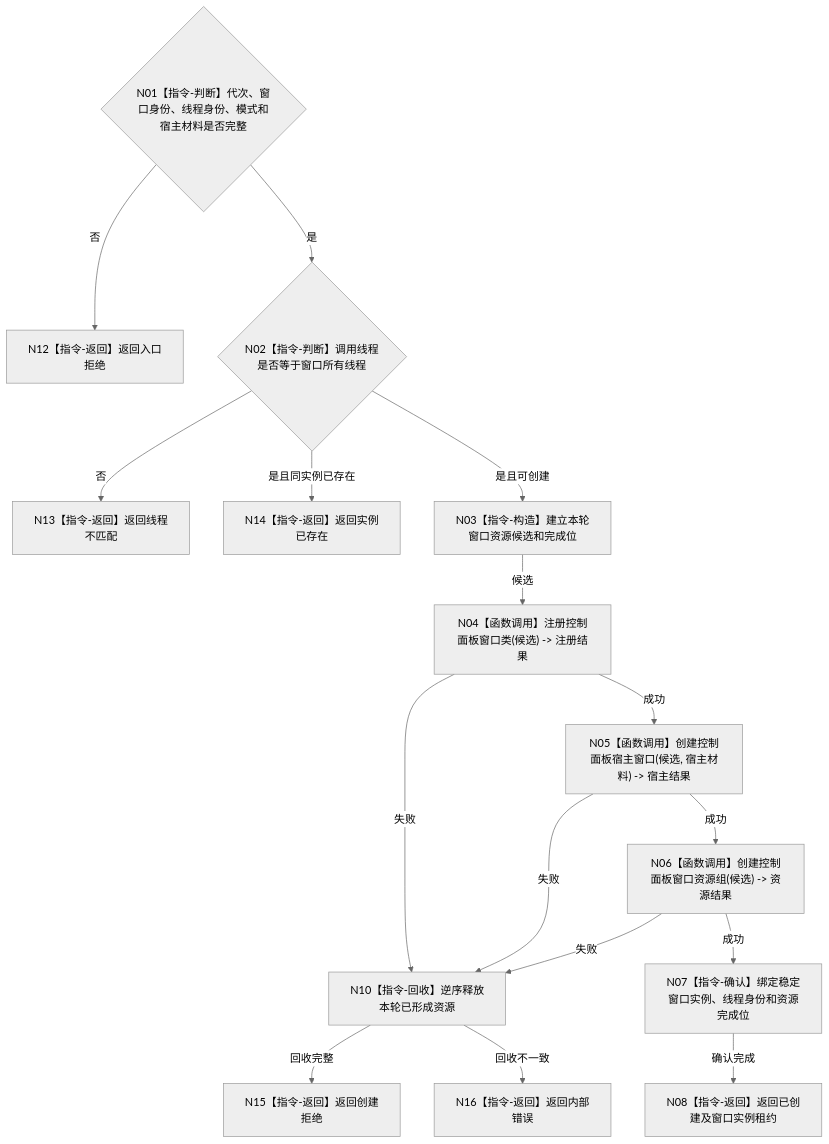
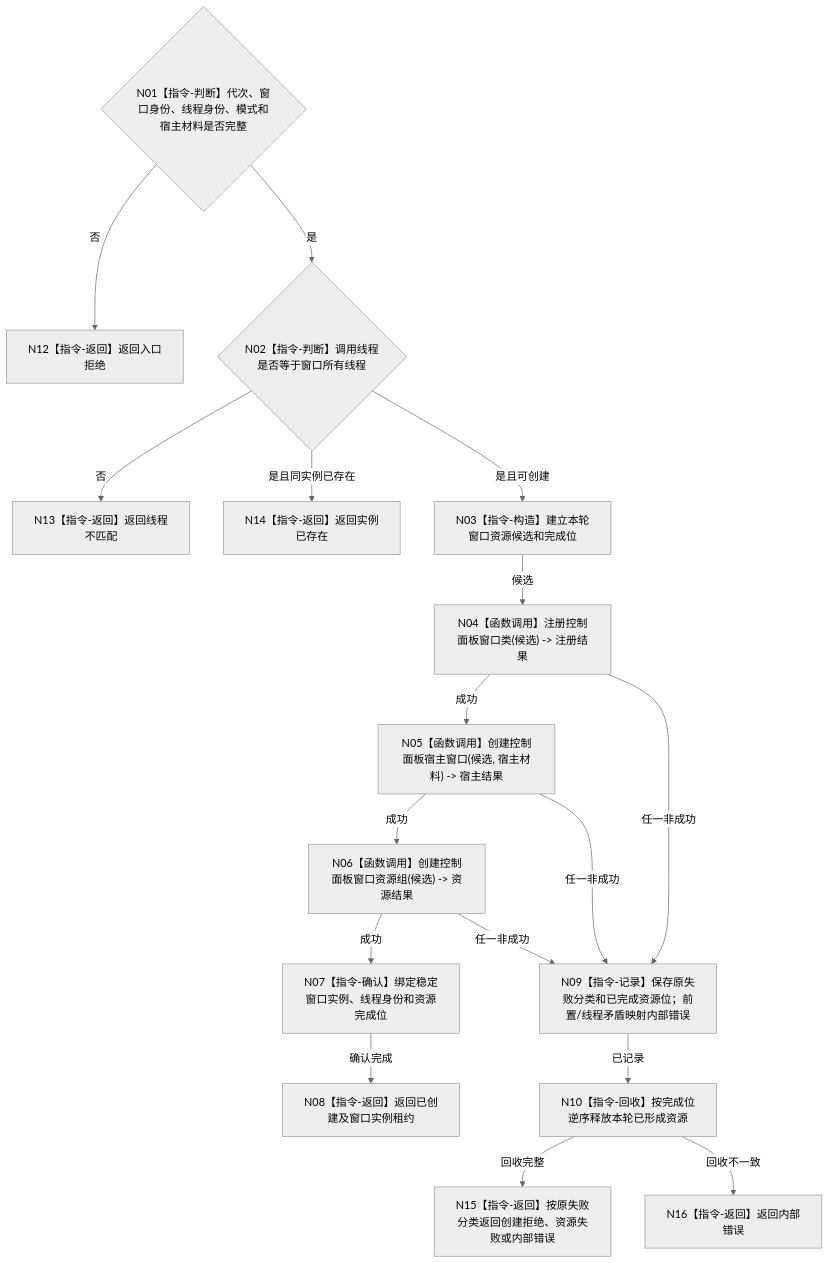
Before and after one commit to chunhaizh-cyber/HY-Ego: the diagram in 流程图/目标业务流程图/L3/BIZ-L3-005-01-01_创建窗口运行载体_目标函数流程图_v0.2.md, drawn with Mermaid (neutral theme). The commit also changed other lines of this file and 18 other files, not shown here.

````diff
--- a/流程图/目标业务流程图/L3/BIZ-L3-005-01-01_创建窗口运行载体_目标函数流程图_v0.2.md
+++ b/流程图/目标业务流程图/L3/BIZ-L3-005-01-01_创建窗口运行载体_目标函数流程图_v0.2.md
@@ -31,18 +31,19 @@
 ```mermaid
 flowchart TD
     N01{"N01【指令-判断】代次、窗口身份、线程身份、模式和宿主材料是否完整"} -->|否| N12["N12【指令-返回】返回入口拒绝"]
     N01 -->|是| N02{"N02【指令-判断】调用线程是否等于窗口所有线程"}
     N02 -->|否| N13["N13【指令-返回】返回线程不匹配"]
     N02 -->|是且同实例已存在| N14["N14【指令-返回】返回实例已存在"]
     N02 -->|是且可创建| N03["N03【指令-构造】建立本轮窗口资源候选和完成位"]
     N03 -->|候选| N04["N04【函数调用】注册控制面板窗口类(候选) -> 注册结果"]
     N04 -->|成功| N05["N05【函数调用】创建控制面板宿主窗口(候选, 宿主材料) -> 宿主结果"]
-    N04 -->|失败| N10["N10【指令-回收】逆序释放本轮已形成资源"]
+    N04 -->|任一非成功| N09["N09【指令-记录】保存原失败分类和已完成资源位；前置/线程矛盾映射内部错误"]
     N05 -->|成功| N06["N06【函数调用】创建控制面板窗口资源组(候选) -> 资源结果"]
-    N05 -->|失败| N10
-    N06 -->|失败| N10
+    N05 -->|任一非成功| N09
+    N06 -->|任一非成功| N09
     N06 -->|成功| N07["N07【指令-确认】绑定稳定窗口实例、线程身份和资源完成位"]
     N07 -->|确认完成| N08["N08【指令-返回】返回已创建及窗口实例租约"]
-    N10 -->|回收完整| N15["N15【指令-返回】返回创建拒绝"]
+    N09 -->|已记录| N10["N10【指令-回收】按完成位逆序释放本轮已形成资源"]
+    N10 -->|回收完整| N15["N15【指令-返回】按原失败分类返回创建拒绝、资源失败或内部错误"]
     N10 -->|回收不一致| N16["N16【指令-返回】返回内部错误"]
 ```
````
